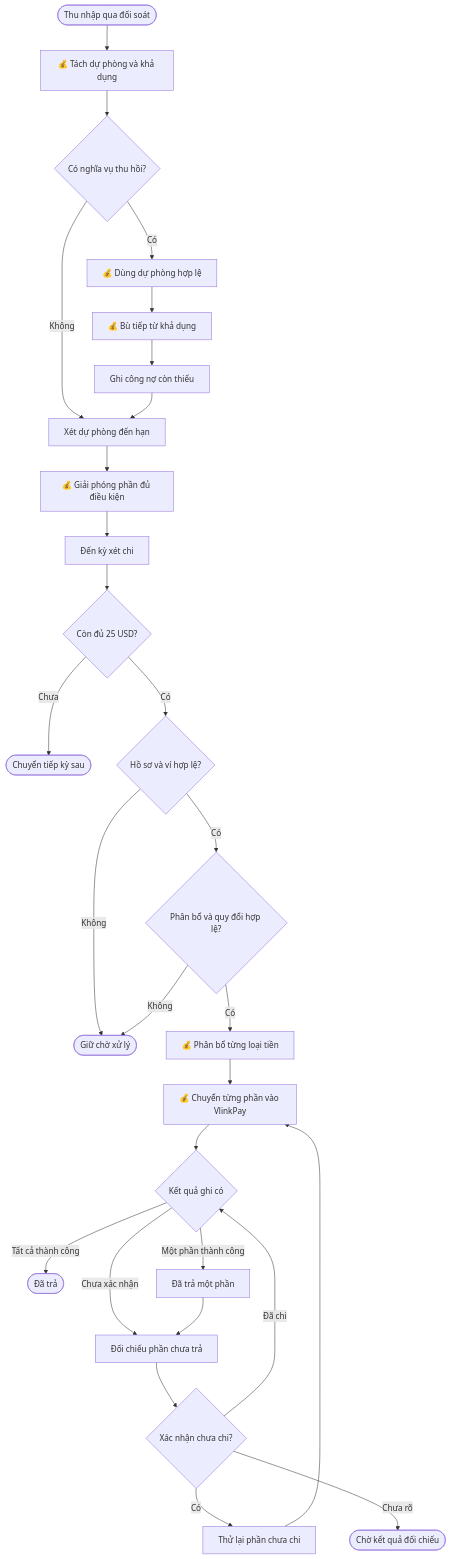
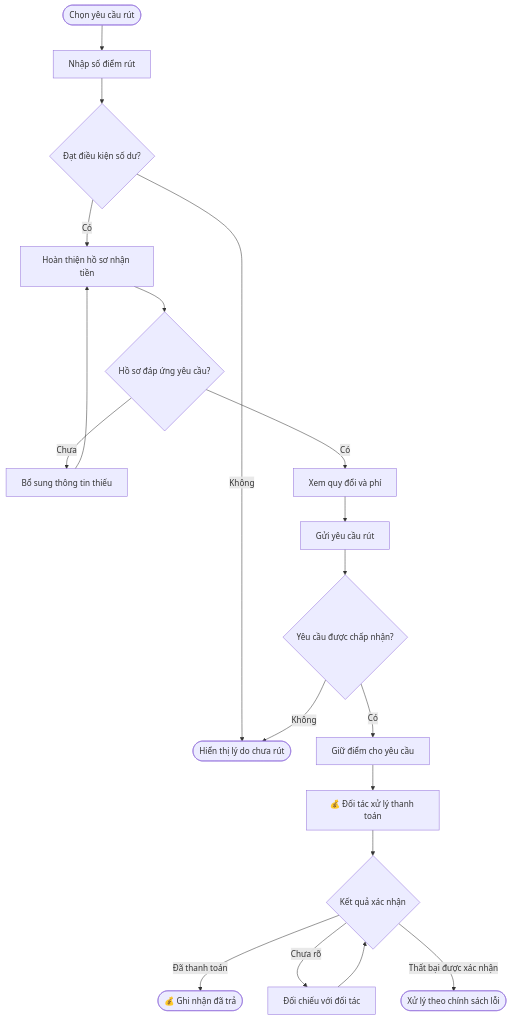
The fifth of 9 diagrams in nexora/docs/business/business-oneqr-earnings.md (vlink-group/VlinkPay), drawn with Mermaid before and after one commit. The commit also changed other lines of this file and 3 other files, not shown here.

Commit message:
docs(1599): cập nhật tham gia OneQR, đổi điểm và rút tiền

````diff
--- a/nexora/docs/business/business-oneqr-earnings.md
+++ b/nexora/docs/business/business-oneqr-earnings.md
@@ -183,30 +237,21 @@
 ```mermaid
 flowchart TD
-    A([Thu nhập qua đối soát]) --> B[💰 Tách dự phòng và khả dụng]
-    B --> C{Có nghĩa vụ thu hồi?}
-    C -- Có --> D[💰 Dùng dự phòng hợp lệ]
-    D --> E[💰 Bù tiếp từ khả dụng]
-    E --> F[Ghi công nợ còn thiếu]
-    C -- Không --> G[Xét dự phòng đến hạn]
-    F --> G
-    G --> H[💰 Giải phóng phần đủ điều kiện]
-    H --> I[Đến kỳ xét chi]
-    I --> J{Còn đủ 25 USD?}
-    J -- Chưa --> K([Chuyển tiếp kỳ sau])
-    J -- Có --> L{Hồ sơ và ví hợp lệ?}
-    L -- Không --> M([Giữ chờ xử lý])
-    L -- Có --> R{Phân bổ và quy đổi hợp lệ?}
-    R -- Không --> M
-    R -- Có --> S[💰 Phân bổ từng loại tiền]
-    S --> N[💰 Chuyển từng phần vào VlinkPay]
-    N --> O{Kết quả ghi có}
-    O -- Tất cả thành công --> P([Đã trả])
-    O -- Một phần thành công --> T[Đã trả một phần]
-    O -- Chưa xác nhận --> Q[Đối chiếu phần chưa trả]
-    T --> Q
-    Q --> U{Xác nhận chưa chi?}
-    U -- Có --> V[Thử lại phần chưa chi]
-    V --> N
-    U -- Chưa rõ --> W([Chờ kết quả đối chiếu])
-    U -- Đã chi --> O
+    A([Chọn yêu cầu rút]) --> B[Nhập số điểm rút]
+    B --> C{Đạt điều kiện số dư?}
+    C -- Không --> D([Hiển thị lý do chưa rút])
+    C -- Có --> E[Hoàn thiện hồ sơ nhận tiền]
+    E --> F{Hồ sơ đáp ứng yêu cầu?}
+    F -- Chưa --> G[Bổ sung thông tin thiếu]
+    G --> E
+    F -- Có --> H[Xem quy đổi và phí]
+    H --> I[Gửi yêu cầu rút]
+    I --> J{Yêu cầu được chấp nhận?}
+    J -- Không --> D
+    J -- Có --> K[Giữ điểm cho yêu cầu]
+    K --> L[💰 Đối tác xử lý thanh toán]
+    L --> M{Kết quả xác nhận}
+    M -- Đã thanh toán --> N([💰 Ghi nhận đã trả])
+    M -- Chưa rõ --> O[Đối chiếu với đối tác]
+    O --> M
+    M -- Thất bại được xác nhận --> P([Xử lý theo chính sách lỗi])
 ```
````
